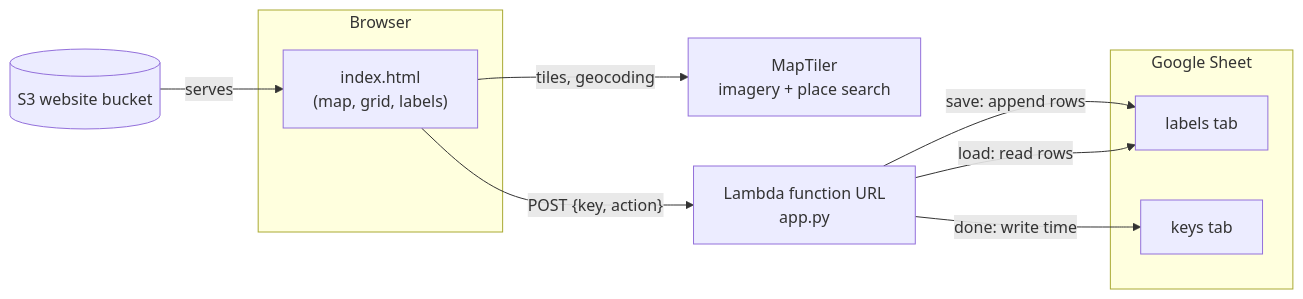
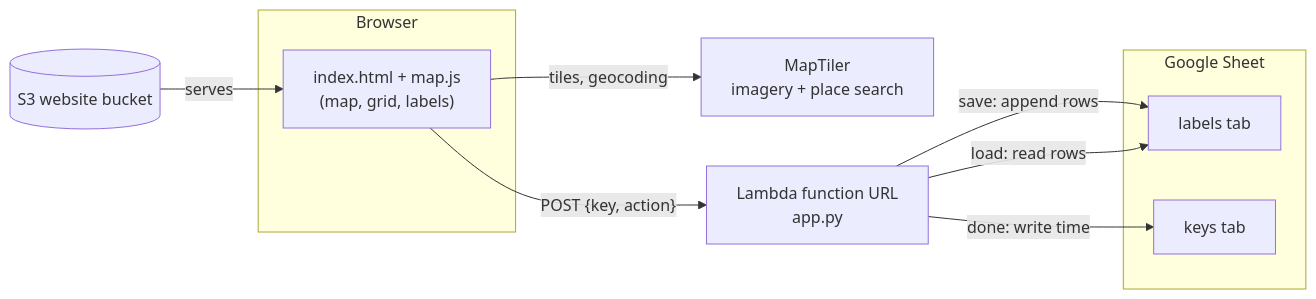
Before and after one commit to kielni/peat-db-tools: the diagram in labeler/README.md, drawn with Mermaid. The commit also changed other lines of this file and 10 other files, not shown here.

````diff
--- a/labeler/README.md
+++ b/labeler/README.md
@@ -35,20 +35,20 @@
 ```mermaid
 flowchart LR
     subgraph Browser
-        page["index.html<br/>(map, grid, labels)"]
+        page["index.html + map.js<br/>(map, grid, labels)"]
     end
     s3[(S3 website bucket)]
     maptiler[MapTiler<br/>imagery + place search]
     lambda[Lambda function URL<br/>app.py]
     subgraph Sheet[Google Sheet]
         labels[labels tab]
         keys[keys tab]
     end
 
     s3 -- serves --> page
     page -- tiles, geocoding --> maptiler
     page -- "POST {key, action}" --> lambda
     lambda -- "save: append rows" --> labels
     lambda -- "load: read rows" --> labels
     lambda -- "done: write time" --> keys
 ```
````
